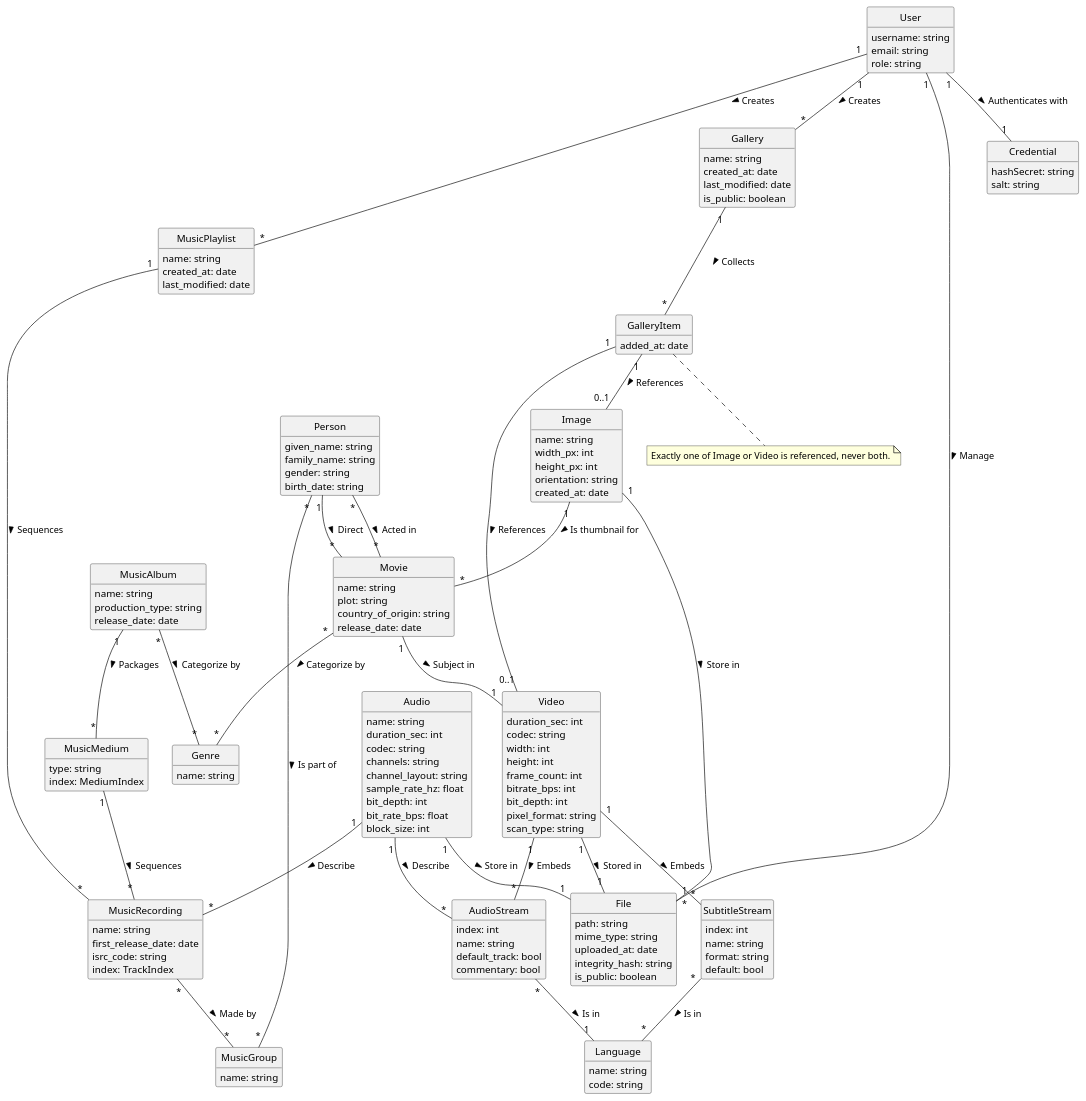
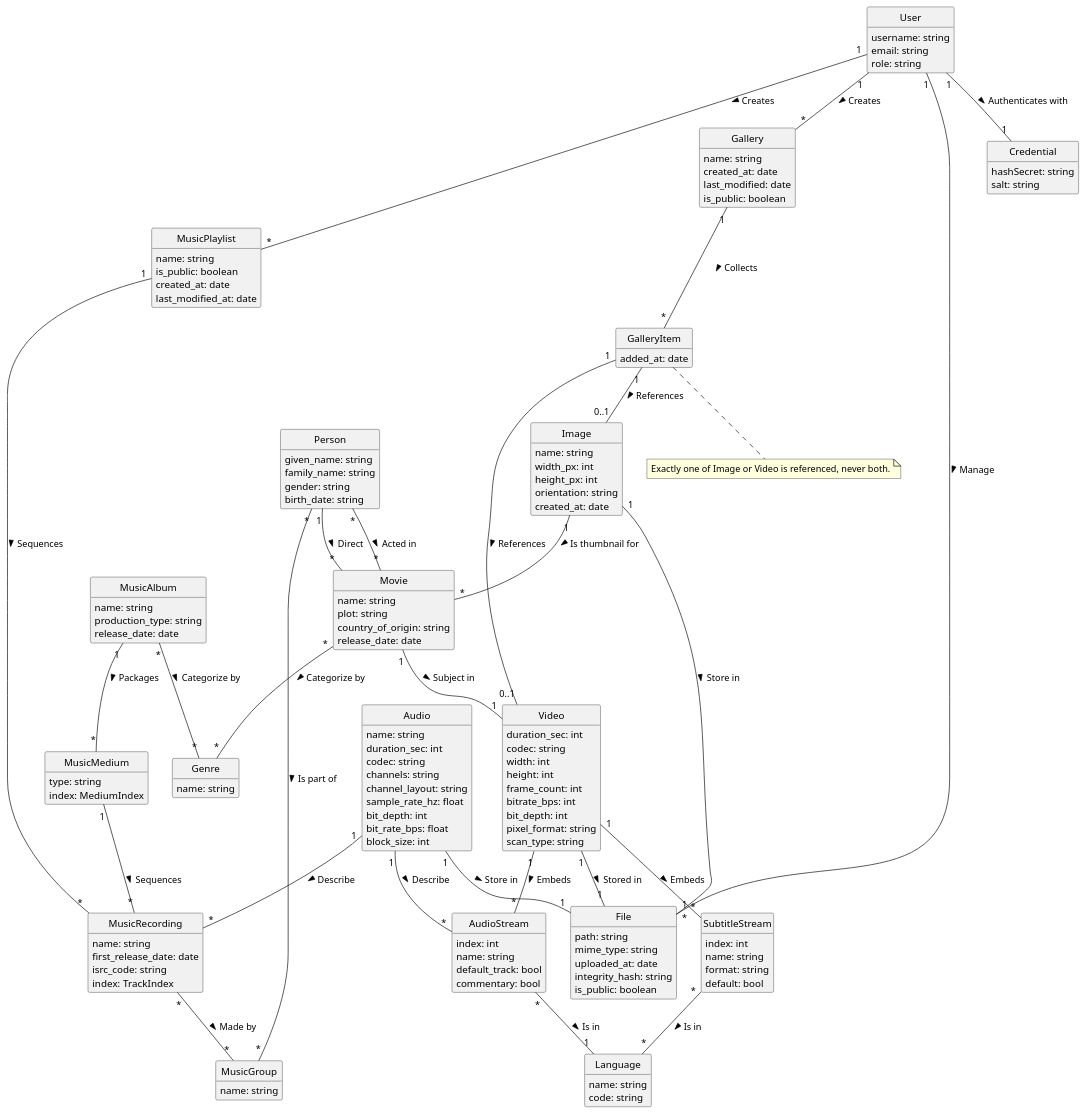
The first of 2 diagrams in docs/development/Overview.md (Mnemorium/mnemorium), drawn with PlantUML before and after one commit. The commit also changed other lines of this file and 94 other files, not shown here.

```diff
--- a/docs/development/Overview.md
+++ b/docs/development/Overview.md
@@ -167,8 +167,9 @@
 
 class MusicPlaylist {
   name: string
+  is_public: boolean
   created_at: date
-  last_modified: date
+  last_modified_at: date
 }
 
 class Movie {
```
